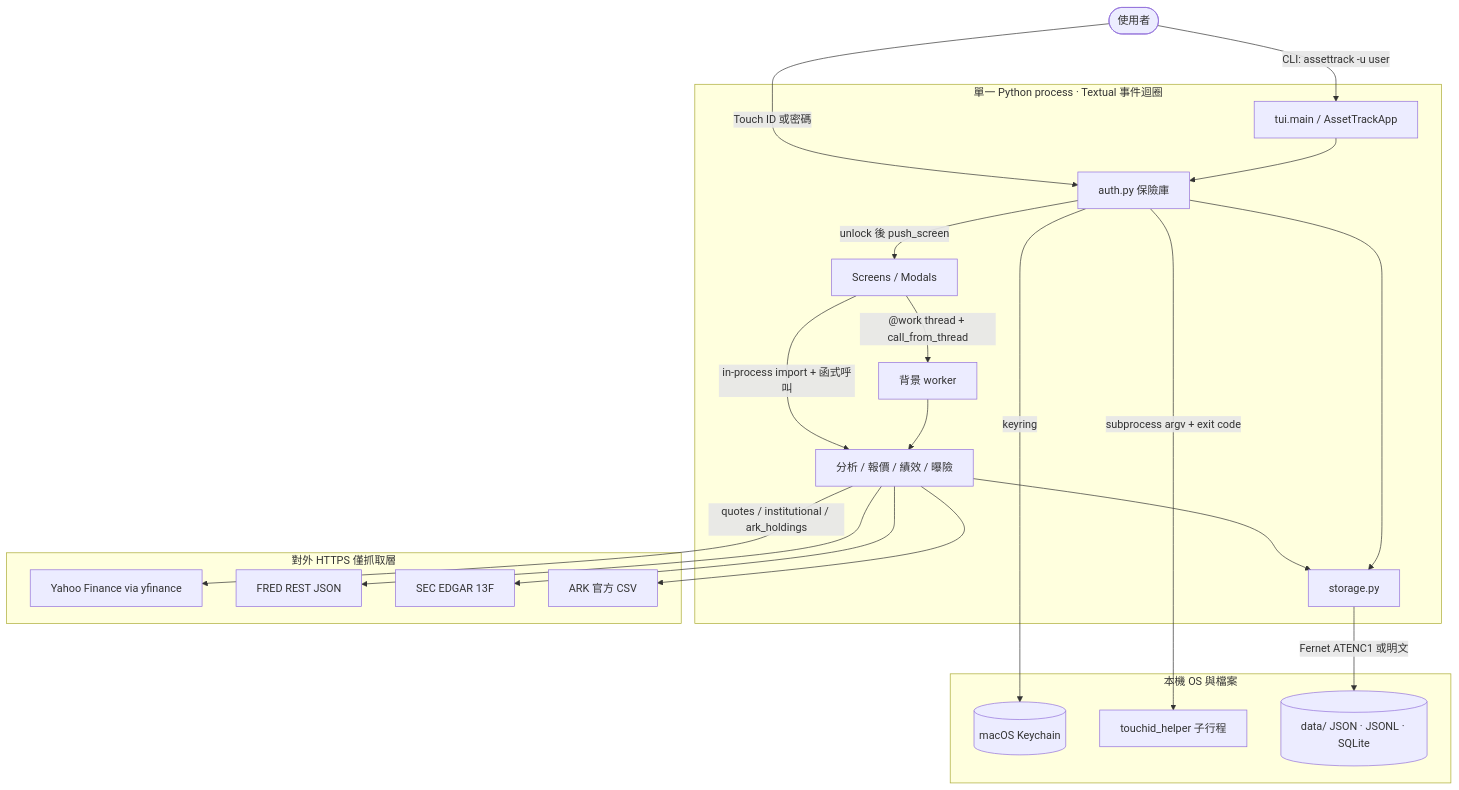
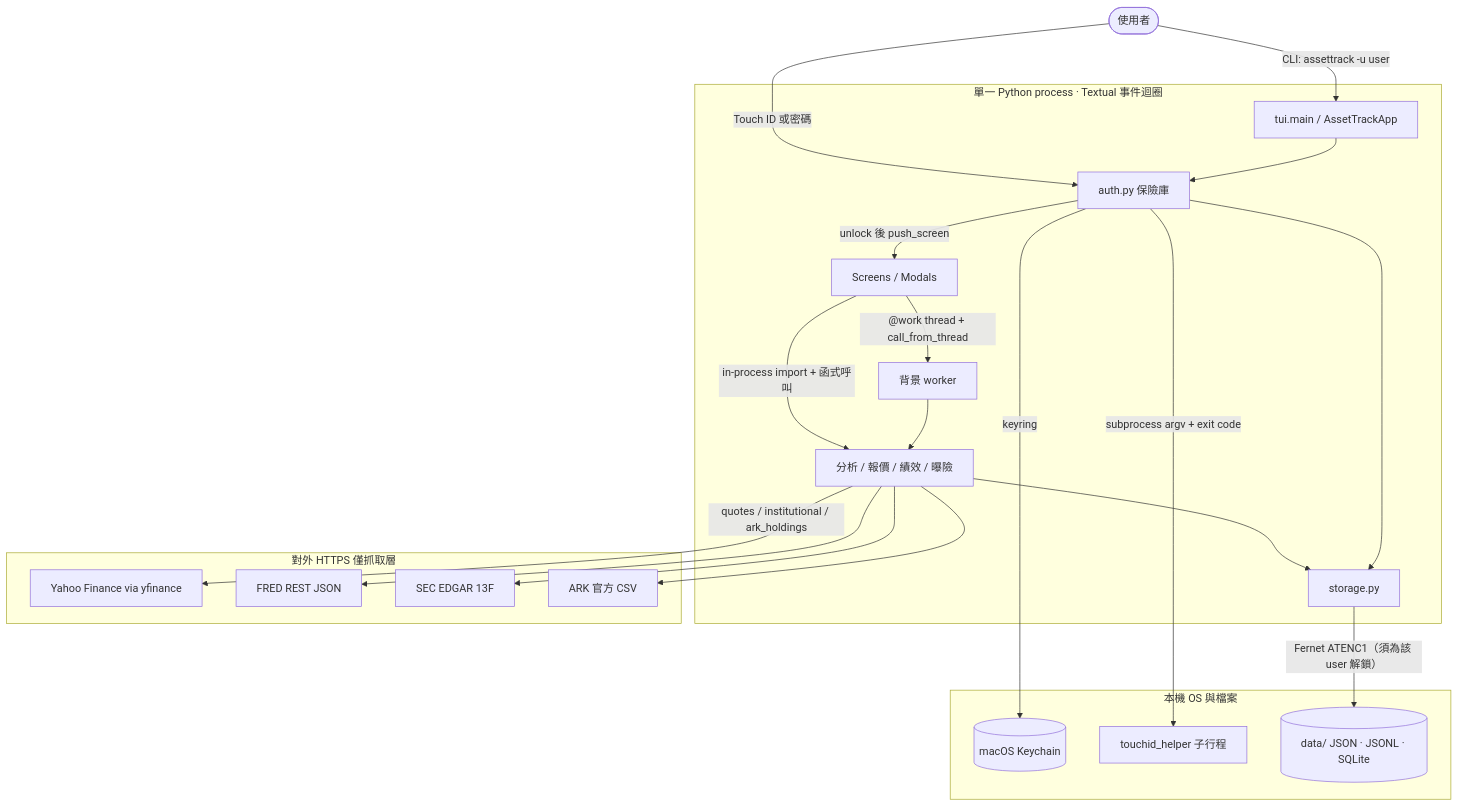
Before and after one commit to ray60110/AssetTrack: the first of 8 diagrams in blockDiagram.md, drawn with Mermaid. The commit also changed other lines of this file and 1 other file, not shown here.

First line of the commit message:
Sync architecture docs with vault-user binding and end_session.

````diff
--- a/blockDiagram.md
+++ b/blockDiagram.md
@@ -26,37 +26,37 @@
 ```mermaid
 flowchart TB
     User([使用者]) -->|"CLI: assettrack -u user"| Main["tui.main / AssetTrackApp"]
     User -->|"Touch ID 或密碼"| Auth
 
     subgraph Process["單一 Python process · Textual 事件迴圈"]
         Main --> Auth["auth.py 保險庫"]
         Auth -->|"unlock 後 push_screen"| TUI["Screens / Modals"]
         TUI -->|"in-process import + 函式呼叫"| Domain
         TUI -->|"@work thread + call_from_thread"| Workers["背景 worker"]
         Workers --> Domain
         Domain["分析 / 報價 / 績效 / 曝險"]
         Domain --> Store["storage.py"]
         Auth --> Store
     end
 
     subgraph Local["本機 OS 與檔案"]
         Keychain[("macOS Keychain")]
         TouchID["touchid_helper 子行程"]
         Files[("data/ JSON · JSONL · SQLite")]
     end
 
     subgraph Net["對外 HTTPS 僅抓取層"]
         YF["Yahoo Finance via yfinance"]
         FRED["FRED REST JSON"]
         SEC["SEC EDGAR 13F"]
         ARK["ARK 官方 CSV"]
     end
 
     Auth -->|"keyring"| Keychain
     Auth -->|"subprocess argv + exit code"| TouchID
-    Store -->|"Fernet ATENC1 或明文"| Files
+    Store -->|"Fernet ATENC1（須為該 user 解鎖）"| Files
     Domain -->|"quotes / institutional / ark_holdings"| YF
     Domain --> FRED
     Domain --> SEC
     Domain --> ARK
 ```
````
